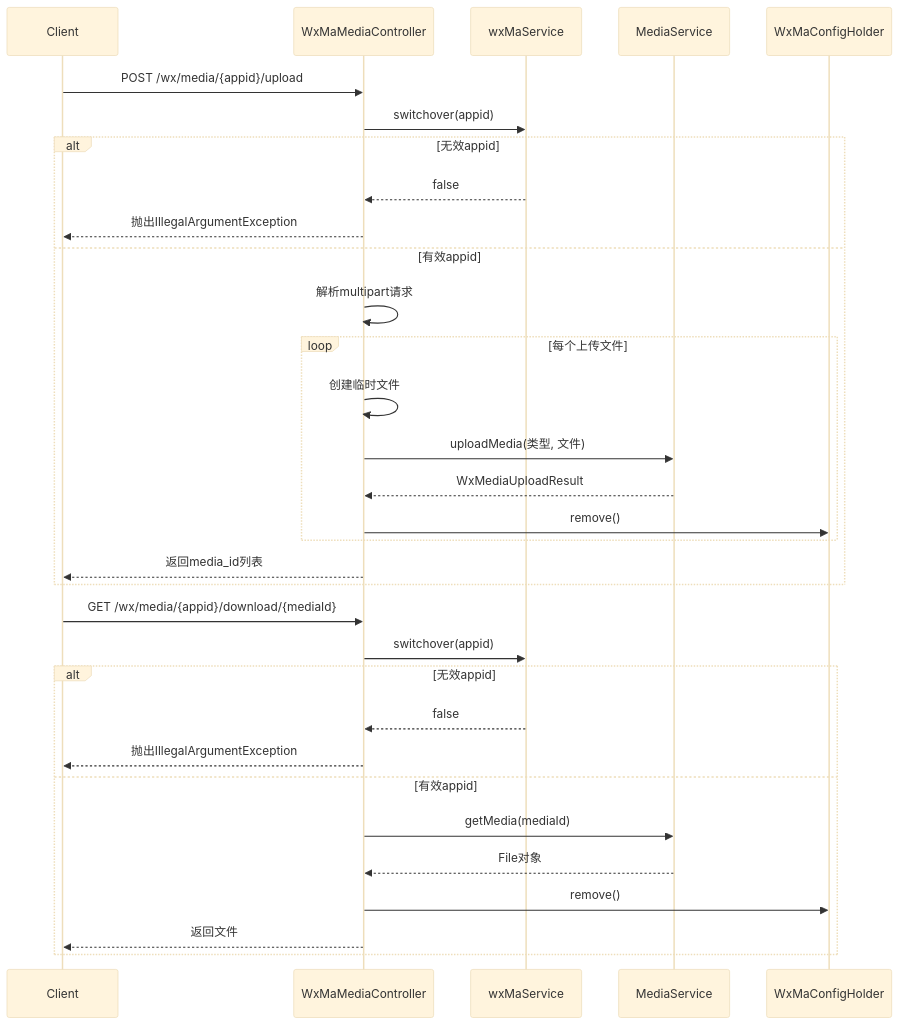
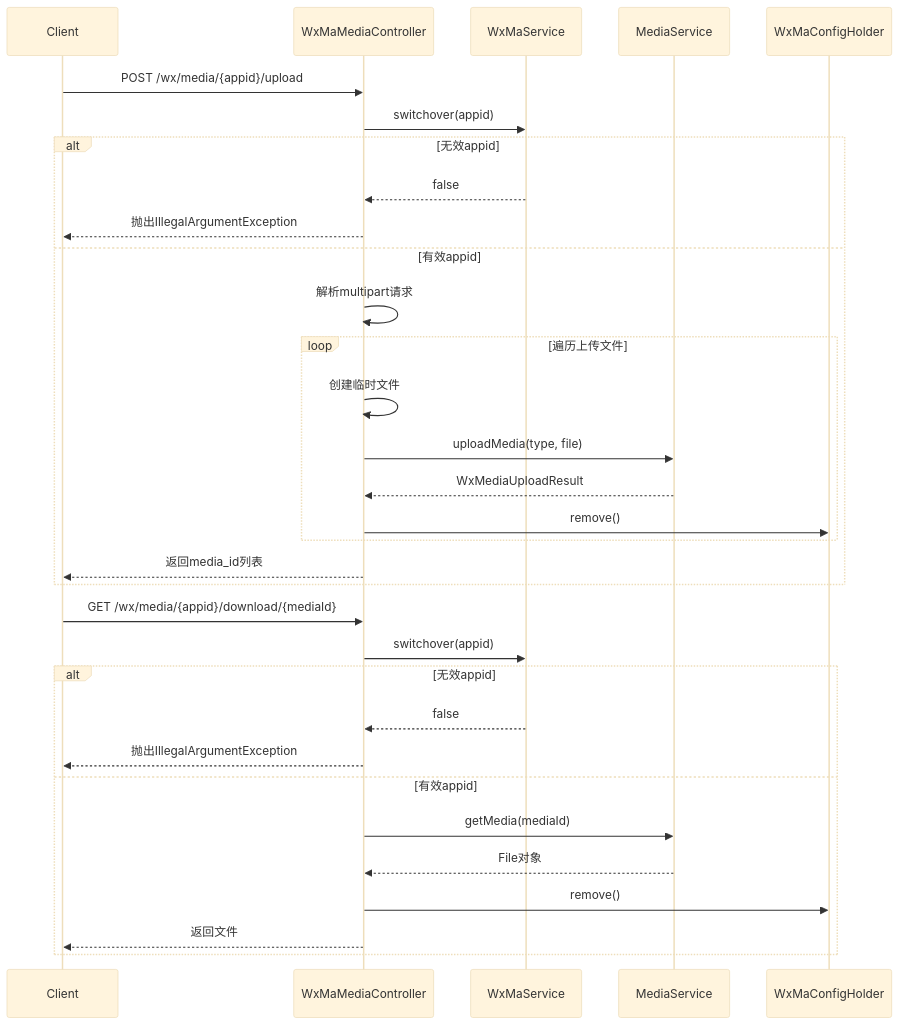
One commit to v-wjrong/binary_weixin-java-miniapp-demo changed the third of 3 diagrams in docs/zh/docs/src/main/java/com/github/binarywang/demo/wx/miniapp/controller/WxMaMediaController.md. Above: the diagram before and after it, drawn with Mermaid (base theme). The commit also changed other lines of this file and 50 other files, not shown here.

````diff
--- a/docs/zh/docs/src/main/java/com/github/binarywang/demo/wx/miniapp/controller/WxMaMediaController.md
+++ b/docs/zh/docs/src/main/java/com/github/binarywang/demo/wx/miniapp/controller/WxMaMediaController.md
@@ -109,36 +107,36 @@
 ```mermaid
 sequenceDiagram
     participant Client
     participant Controller as WxMaMediaController
-    participant Service as wxMaService
-    participant MediaService as MediaService
+    participant Service as WxMaService
+    participant MediaService
     participant ConfigHolder as WxMaConfigHolder
 
     Client->>Controller: POST /wx/media/{appid}/upload
     Controller->>Service: switchover(appid)
     alt 无效appid
         Service-->>Controller: false
         Controller-->>Client: 抛出IllegalArgumentException
     else 有效appid
         Controller->>Controller: 解析multipart请求
-        loop 每个上传文件
+        loop 遍历上传文件
             Controller->>Controller: 创建临时文件
-            Controller->>MediaService: uploadMedia(类型, 文件)
+            Controller->>MediaService: uploadMedia(type, file)
             MediaService-->>Controller: WxMediaUploadResult
             Controller->>ConfigHolder: remove()
         end
         Controller-->>Client: 返回media_id列表
     end
 
     Client->>Controller: GET /wx/media/{appid}/download/{mediaId}
     Controller->>Service: switchover(appid)
     alt 无效appid
         Service-->>Controller: false
         Controller-->>Client: 抛出IllegalArgumentException
     else 有效appid
         Controller->>MediaService: getMedia(mediaId)
         MediaService-->>Controller: File对象
         Controller->>ConfigHolder: remove()
         Controller-->>Client: 返回文件
     end
 ```
````
